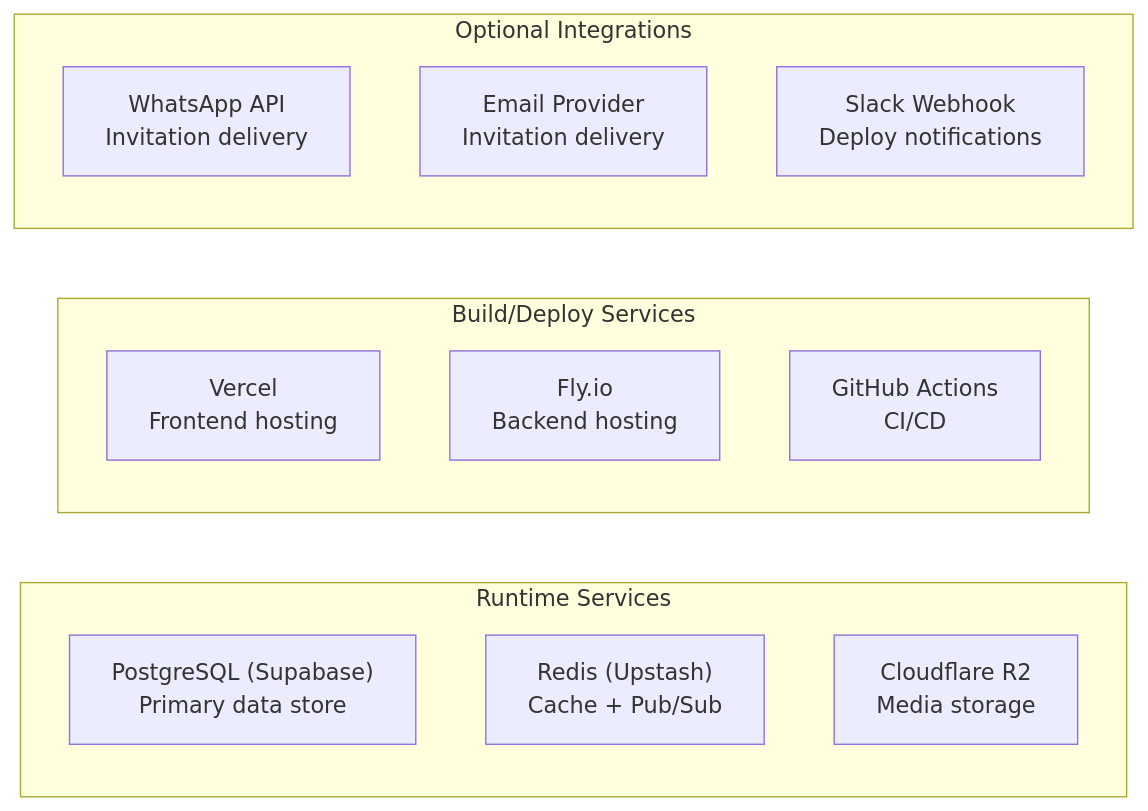
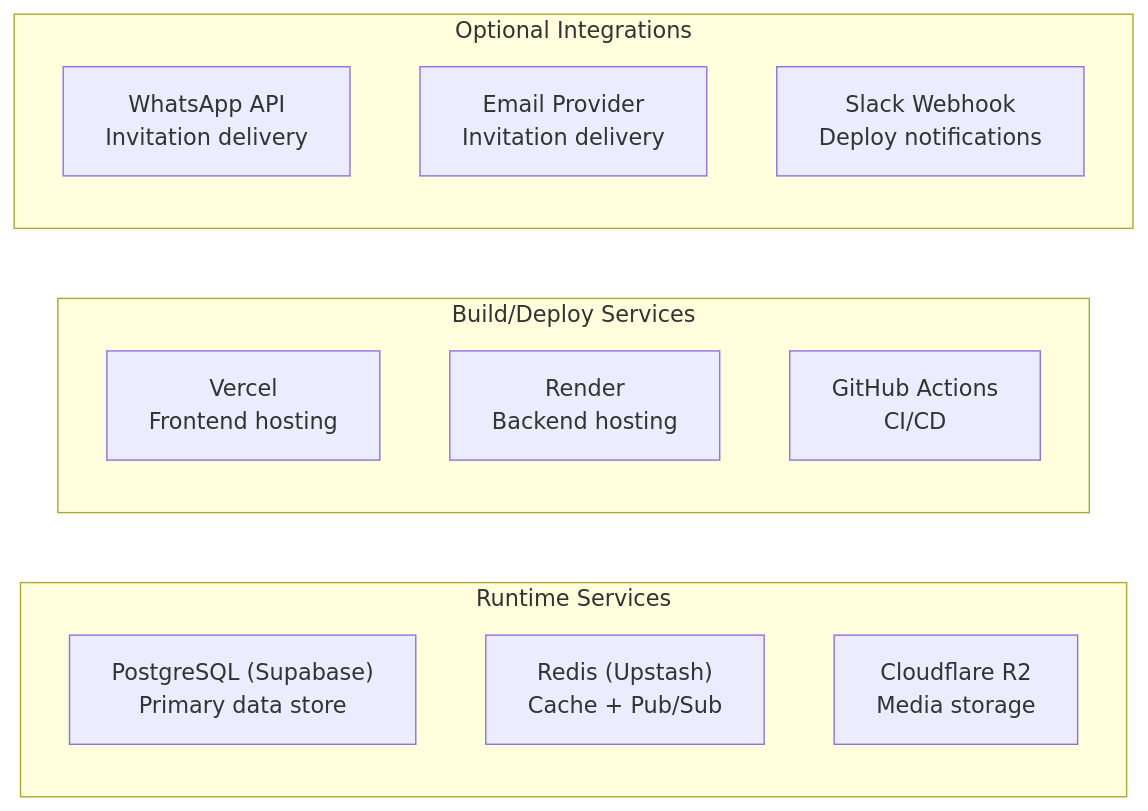
The second of 2 diagrams in .agents/summary/dependencies.md (maru-story/wedding-ecosystem), drawn with Mermaid before and after one commit. The commit also changed 6 other files, not shown here.

Commit message:
docs: update deployment architecture and setup guides from Fly.io to Render

````diff
--- a/.agents/summary/dependencies.md
+++ b/.agents/summary/dependencies.md
@@ -124,20 +124,20 @@
 ```mermaid
 graph LR
     subgraph "Runtime Services"
         PG["PostgreSQL (Supabase)<br/>Primary data store"]
         Redis["Redis (Upstash)<br/>Cache + Pub/Sub"]
         R2["Cloudflare R2<br/>Media storage"]
     end
 
     subgraph "Build/Deploy Services"
         Vercel["Vercel<br/>Frontend hosting"]
-        FlyIO["Fly.io<br/>Backend hosting"]
+        Render["Render<br/>Backend hosting"]
         GH["GitHub Actions<br/>CI/CD"]
     end
 
     subgraph "Optional Integrations"
         WA["WhatsApp API<br/>Invitation delivery"]
         Email["Email Provider<br/>Invitation delivery"]
         Slack["Slack Webhook<br/>Deploy notifications"]
     end
 ```
````
